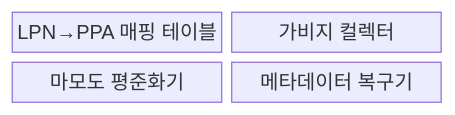
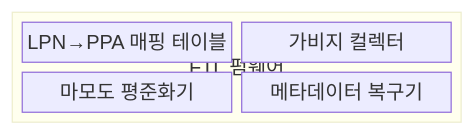
One commit to agnusdei1207/knowledge-base changed the first of 2 diagrams in src/content/docs/notes/02-hardware/030_ssd_ftl.md. Above: the diagram before and after it, drawn with Mermaid. The commit also changed other lines of this file and 20 other files, not shown here.

````diff
--- a/src/content/docs/notes/02-hardware/030_ssd_ftl.md
+++ b/src/content/docs/notes/02-hardware/030_ssd_ftl.md
@@ -74,8 +74,11 @@
 ```mermaid
 block
-    columns 2
-    MAP["LPN→PPA 매핑 테이블"]
-    GC["가비지 컬렉터"]
-    WL["마모도 평준화기"]
-    META["메타데이터 복구기"]
+    columns 1
+    block:FTL["FTL 펌웨어"]
+        columns 2
+        MAP["LPN→PPA 매핑 테이블"]
+        GC["가비지 컬렉터"]
+        WL["마모도 평준화기"]
+        META["메타데이터 복구기"]
+    end
 ```
````
